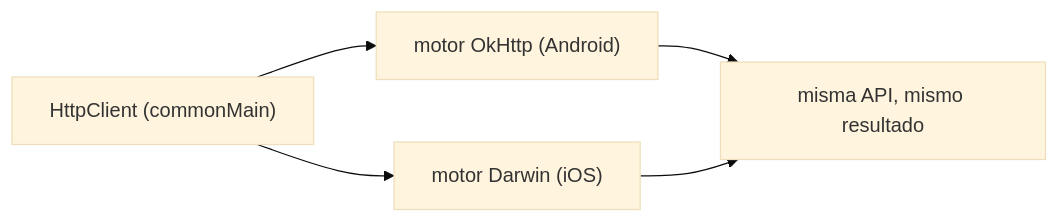
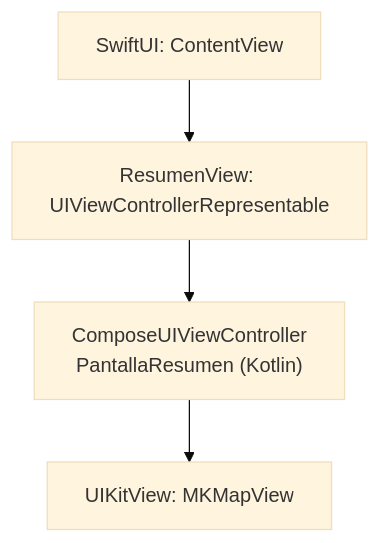
Before and after one commit to NICORUIZ93/The_Imperial_Book: the second of 4 diagrams in web/public/content/kotlin-multiplatform/modulo-5.md, drawn with Mermaid (base theme). The commit also changed other lines of this file and 305 other files, not shown here.

````diff
--- a/web/public/content/kotlin-multiplatform/modulo-5.md
+++ b/web/public/content/kotlin-multiplatform/modulo-5.md
@@ -18,7 +266,6 @@
 ```mermaid
-flowchart LR
-  A["HttpClient (commonMain)"] --> B["motor OkHttp (Android)"]
-  A --> C["motor Darwin (iOS)"]
-  B --> D[misma API, mismo resultado]
-  C --> D
+flowchart TB
+    S["SwiftUI: ContentView"] --> R["ResumenView: UIViewControllerRepresentable"]
+    R --> C["ComposeUIViewController<br/>PantallaResumen (Kotlin)"]
+    C --> U["UIKitView: MKMapView"]
 ```
````
